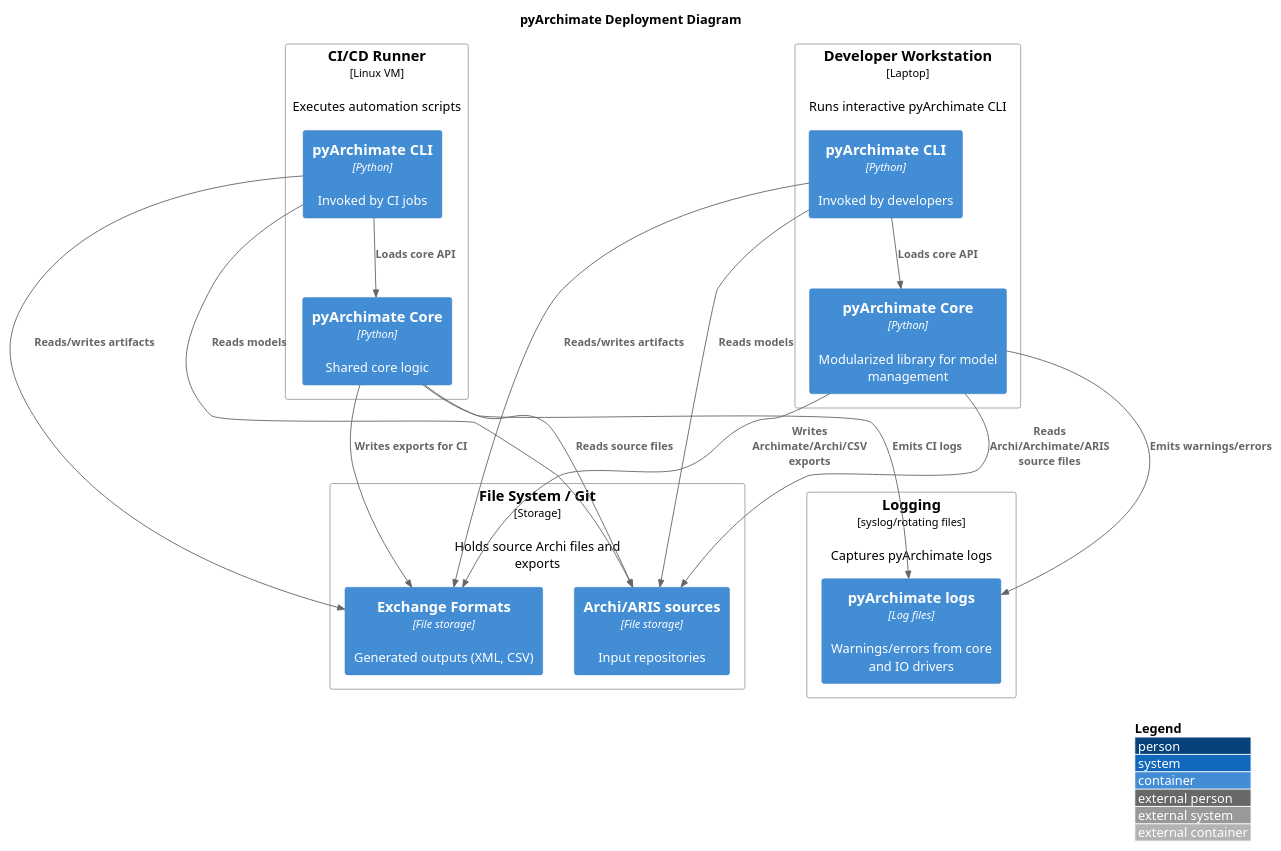
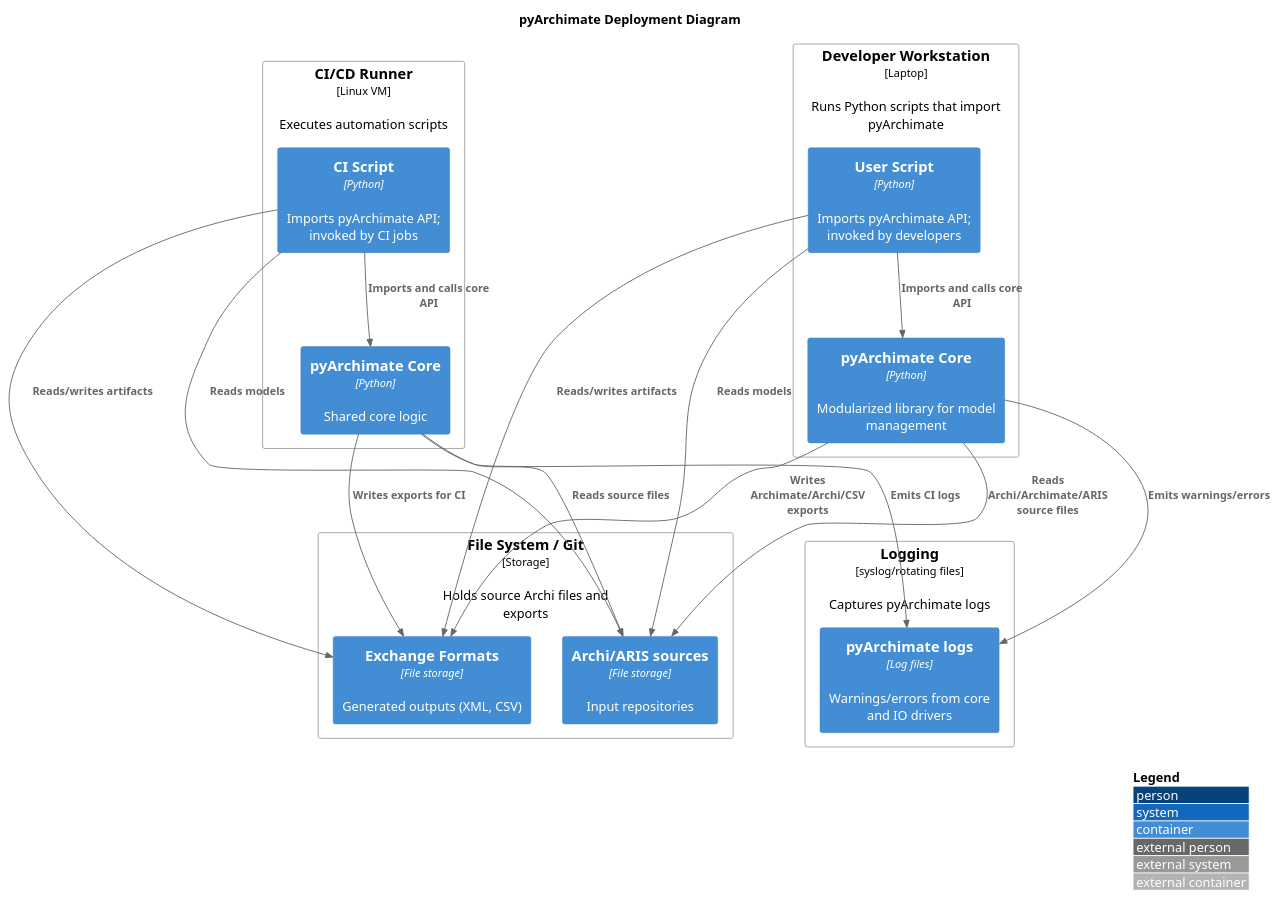
The diagram in docs/diagrams/c4_deployment.puml (pyArchimate/pyArchimate), drawn with PlantUML before and after one commit. The commit also changed 16 other files, not shown here.

First line of the commit message:
docs: regenerate diagrams, AI.md, and spec docs pre-release

```diff
--- a/docs/diagrams/c4_deployment.puml
+++ b/docs/diagrams/c4_deployment.puml
@@ -1,38 +1,38 @@
 @startuml
 !includeurl <C4/C4_Deployment>
 title pyArchimate Deployment Diagram
 LAYOUT_WITH_LEGEND()
 
-Deployment_Node(workstation, "Developer Workstation", "Laptop", "Runs interactive pyArchimate CLI") {
-  Container(pyArchimateCLI, "pyArchimate CLI", "Python", "Invoked by developers")
+Deployment_Node(workstation, "Developer Workstation", "Laptop", "Runs Python scripts that import pyArchimate") {
+  Container(userScript, "User Script", "Python", "Imports pyArchimate API; invoked by developers")
   Container(pyArchimateLib, "pyArchimate Core", "Python", "Modularized library for model management")
 }
 
 Deployment_Node(ciRunner, "CI/CD Runner", "Linux VM", "Executes automation scripts") {
-  Container(pyArchimateCLI_ci, "pyArchimate CLI", "Python", "Invoked by CI jobs")
+  Container(ciScript, "CI Script", "Python", "Imports pyArchimate API; invoked by CI jobs")
   Container(pyArchimateLib_ci, "pyArchimate Core", "Python", "Shared core logic")
 }
 
 Deployment_Node(filesystem, "File System / Git", "Storage", "Holds source Archi files and exports") {
   Container(archiRepo, "Archi/ARIS sources", "File storage", "Input repositories")
   Container(exportHub, "Exchange Formats", "File storage", "Generated outputs (XML, CSV)")
 }
 
 Deployment_Node(logging, "Logging", "syslog/rotating files", "Captures pyArchimate logs") {
   Container(logStore, "pyArchimate logs", "Log files", "Warnings/errors from core and IO drivers")
 }
 
-Rel(pyArchimateCLI, pyArchimateLib, "Loads core API")
-Rel(pyArchimateCLI_ci, pyArchimateLib_ci, "Loads core API")
+Rel(userScript, pyArchimateLib, "Imports and calls core API")
+Rel(ciScript, pyArchimateLib_ci, "Imports and calls core API")
 Rel(pyArchimateLib, archiRepo, "Reads Archi/Archimate/ARIS source files")
 Rel(pyArchimateLib_ci, archiRepo, "Reads source files")
 Rel(pyArchimateLib, exportHub, "Writes Archimate/Archi/CSV exports")
 Rel(pyArchimateLib_ci, exportHub, "Writes exports for CI")
 Rel(pyArchimateLib, logStore, "Emits warnings/errors")
 Rel(pyArchimateLib_ci, logStore, "Emits CI logs")
-Rel(pyArchimateCLI, exportHub, "Reads/writes artifacts")
-Rel(pyArchimateCLI_ci, exportHub, "Reads/writes artifacts")
-Rel(pyArchimateCLI, archiRepo, "Reads models")
-Rel(pyArchimateCLI_ci, archiRepo, "Reads models")
+Rel(userScript, exportHub, "Reads/writes artifacts")
+Rel(ciScript, exportHub, "Reads/writes artifacts")
+Rel(userScript, archiRepo, "Reads models")
+Rel(ciScript, archiRepo, "Reads models")
 
 @enduml
```
